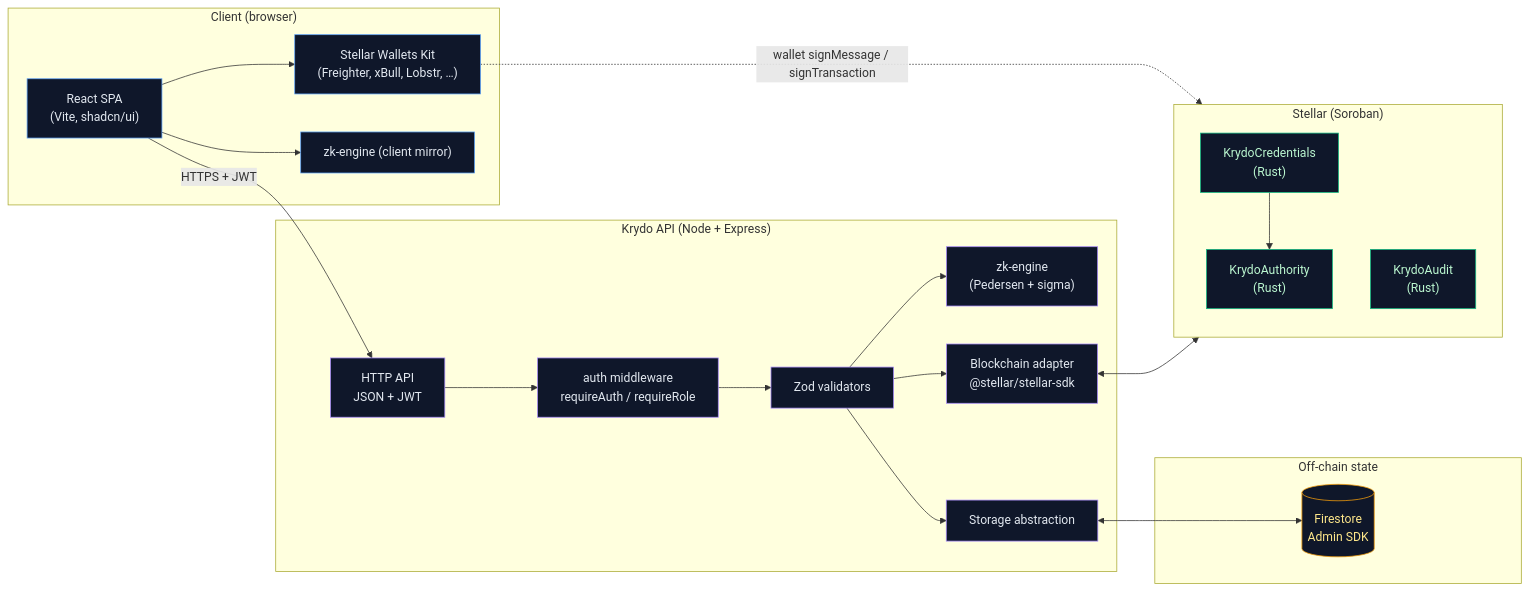
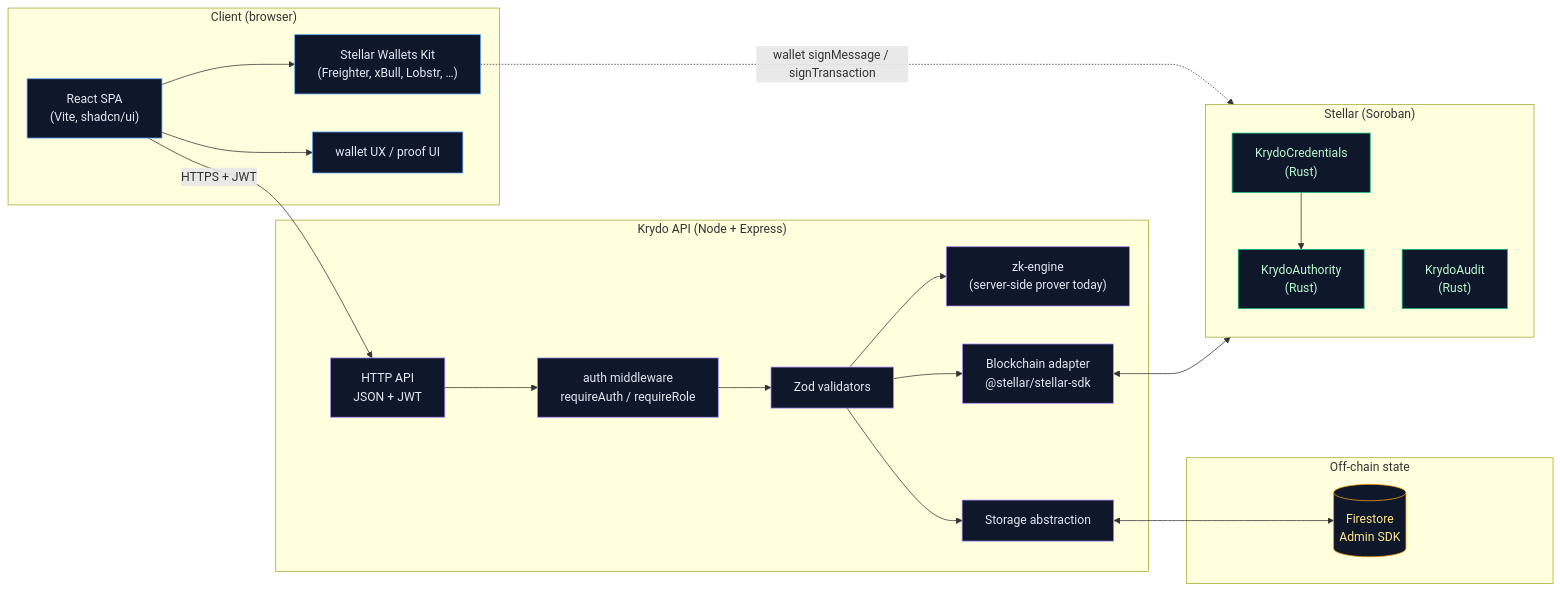
The first of 27 diagrams in DOCUMENTATION.md (nishant-uxs/krydo-next), drawn with Mermaid before and after one commit. The commit also changed other lines of this file and 127 other files, not shown here.

````diff
--- a/DOCUMENTATION.md
+++ b/DOCUMENTATION.md
@@ -42,48 +43,48 @@
 ```mermaid
 flowchart LR
     subgraph Client["Client (browser)"]
         UI["React SPA<br/>(Vite, shadcn/ui)"]
         KIT["Stellar Wallets Kit<br/>(Freighter, xBull, Lobstr, …)"]
-        ZKC["zk-engine (client mirror)"]
+        ZKC["wallet UX / proof UI"]
         UI --> KIT
         UI --> ZKC
     end
 
     subgraph Server["Krydo API (Node + Express)"]
         API["HTTP API<br/>JSON + JWT"]
         AUTHM["auth middleware<br/>requireAuth / requireRole"]
         VAL["Zod validators"]
-        ZKE["zk-engine<br/>(Pedersen + sigma)"]
+        ZKE["zk-engine<br/>(server-side prover today)"]
         STORE["Storage abstraction"]
         BC["Blockchain adapter<br/>@stellar/stellar-sdk"]
         API --> AUTHM --> VAL
         VAL --> ZKE
         VAL --> STORE
         VAL --> BC
     end
 
     subgraph Data["Off-chain state"]
         FS[("Firestore<br/>Admin SDK")]
     end
 
     subgraph Chain["Stellar (Soroban)"]
         KA["KrydoAuthority<br/>(Rust)"]
         KC["KrydoCredentials<br/>(Rust)"]
         KAU["KrydoAudit<br/>(Rust)"]
         KC --> KA
     end
 
     UI -- "HTTPS + JWT" --> API
     KIT -. "wallet signMessage / signTransaction" .-> Chain
     STORE <--> FS
     BC <--> Chain
 
     classDef client fill:#0f172a,stroke:#60a5fa,color:#e2e8f0
     classDef server fill:#0f172a,stroke:#a78bfa,color:#e2e8f0
     classDef data fill:#0f172a,stroke:#f59e0b,color:#fde68a
     classDef chain fill:#0f172a,stroke:#10b981,color:#bbf7d0
     class UI,KIT,ZKC client
     class API,AUTHM,VAL,ZKE,STORE,BC server
     class FS data
     class KA,KC,KAU chain
 ```
````
